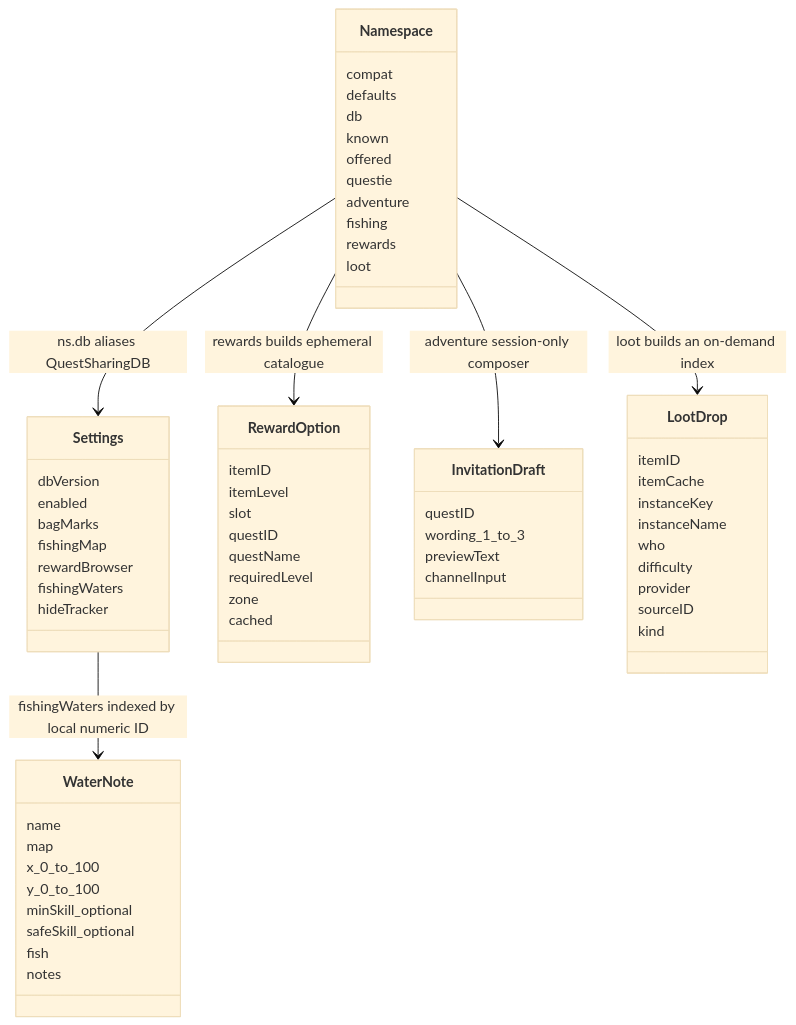
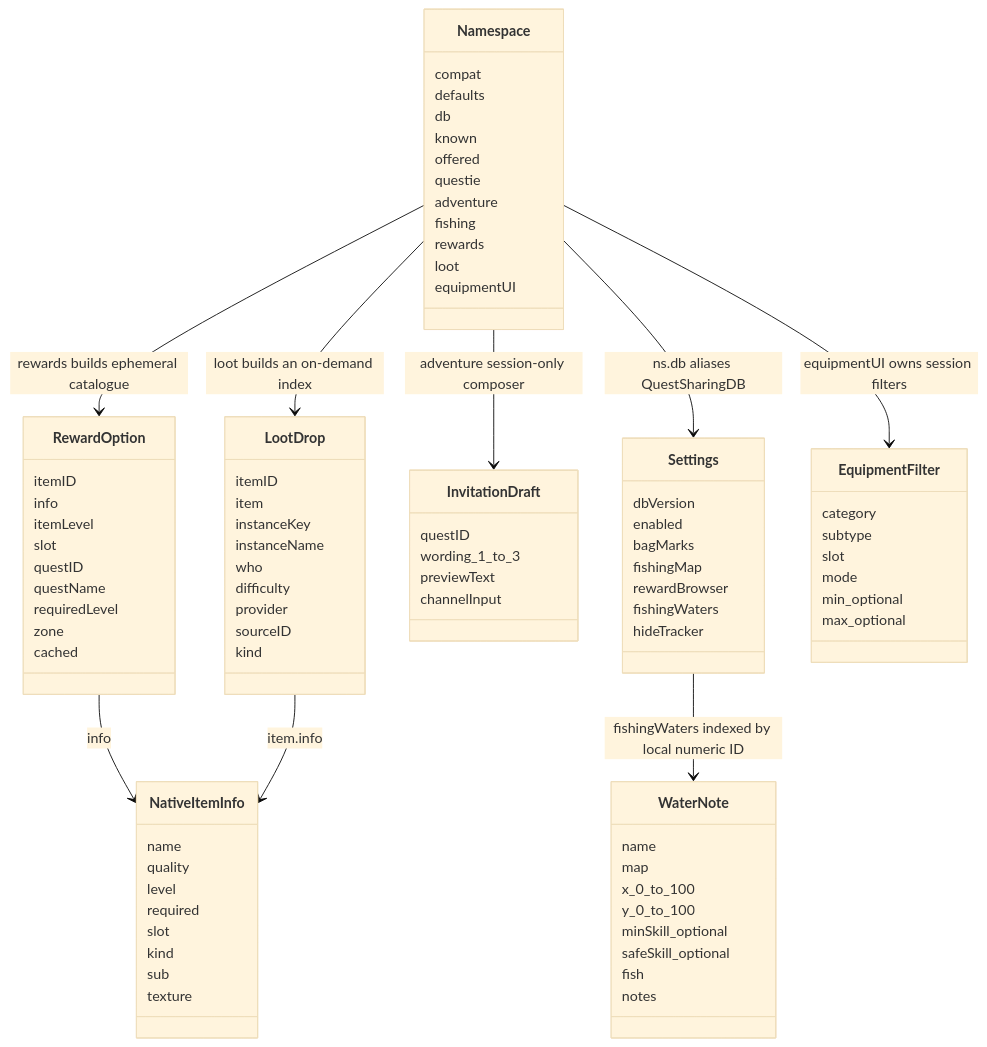
The eighth of 8 diagrams in context/architecture.md (YodaGitMaster/QuestSharing), drawn with Mermaid (base theme) before and after one commit. The commit also changed other lines of this file and 12 other files, not shown here.

Commit message:
Unify equipment browsers with dungeon scope and shared filters

```diff
--- a/context/architecture.md
+++ b/context/architecture.md
@@ -213,6 +233,7 @@
         fishing
         rewards
         loot
+        equipmentUI
     }
     class Settings {
         dbVersion
@@ -235,6 +256,7 @@
     }
     class RewardOption {
         itemID
+        info
         itemLevel
         slot
         questID
@@ -251,7 +273,7 @@
     }
     class LootDrop {
         itemID
-        itemCache
+        item
         instanceKey
         instanceName
         who
@@ -260,6 +282,27 @@
         sourceID
         kind
     }
+    class NativeItemInfo {
+        name
+        quality
+        level
+        required
+        slot
+        kind
+        sub
+        texture
+    }
+    RewardOption --> NativeItemInfo : info
+    LootDrop --> NativeItemInfo : item.info
+    class EquipmentFilter {
+        category
+        subtype
+        slot
+        mode
+        min_optional
+        max_optional
+    }
+    Namespace --> EquipmentFilter : equipmentUI owns session filters
     Namespace --> LootDrop : loot builds an on-demand index
     Namespace --> InvitationDraft : adventure session-only composer
     Settings --> WaterNote : fishingWaters indexed by local numeric ID
```
